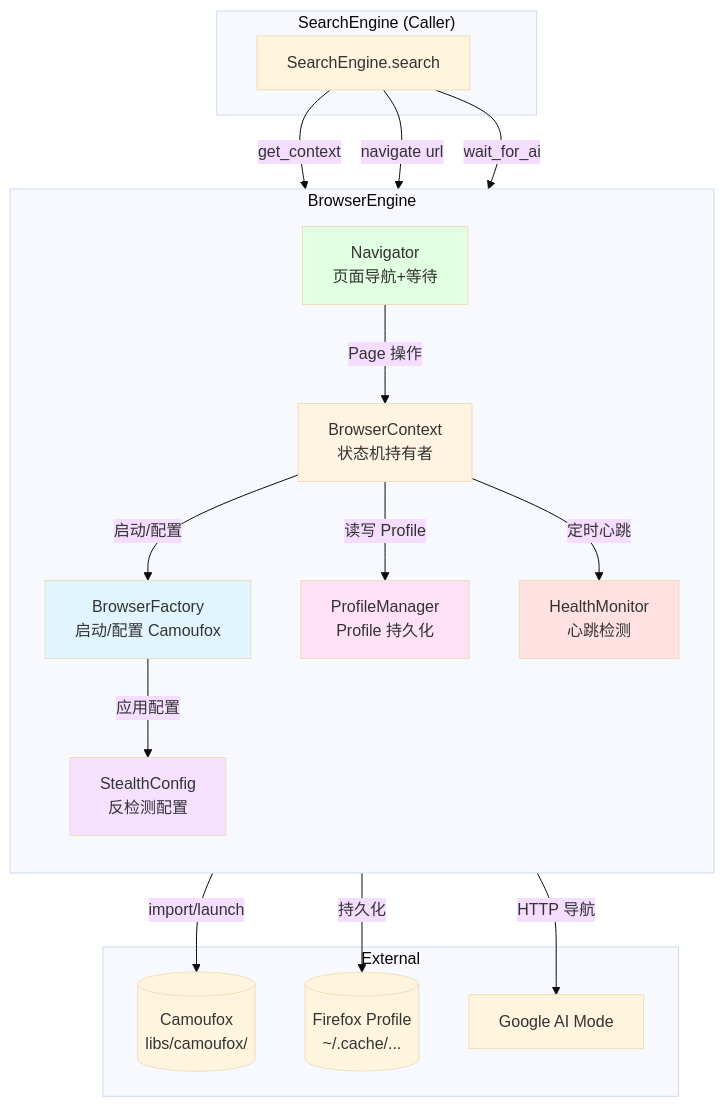
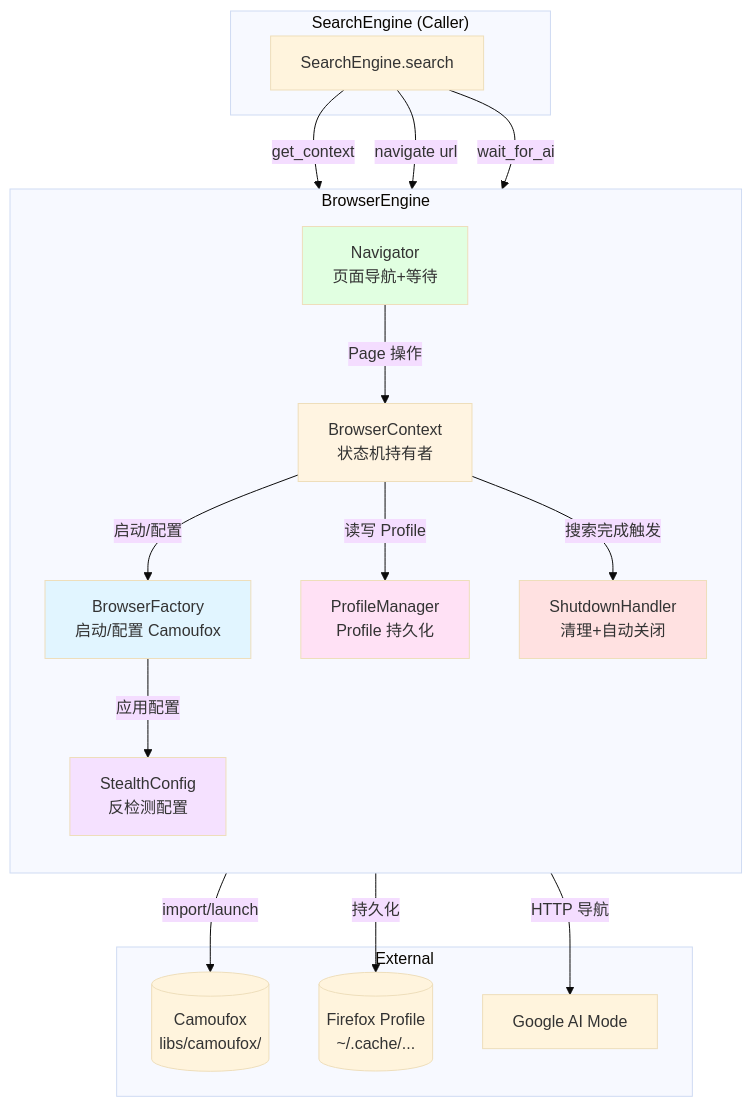
Before and after one commit to moyu12-ae/ZeroSearch: the first of 6 diagrams in .anws/v1/04_SYSTEM_DESIGN/browser-engine.md, drawn with Mermaid (base theme). The commit also changed other lines of this file and 5 other files, not shown here.

````diff
--- a/.anws/v1/04_SYSTEM_DESIGN/browser-engine.md
+++ b/.anws/v1/04_SYSTEM_DESIGN/browser-engine.md
@@ -71,59 +71,59 @@
 ```mermaid
 graph TD
     subgraph "SearchEngine (Caller)"
         SE[SearchEngine.search]
     end
 
     subgraph "BrowserEngine"
         direction TB
         
         BC[BrowserContext
         状态机持有者]
         
         BF[BrowserFactory
         启动/配置 Camoufox]
         
         PM[ProfileManager
         Profile 持久化]
         
         SC[StealthConfig
         反检测配置]
         
-        HM[HealthMonitor
-        心跳检测]
+        SD[ShutdownHandler
+        清理+自动关闭]
         
         NV[Navigator
         页面导航+等待]
     end
 
     subgraph "External"
         CF[(Camoufox
         libs/camoufox/)]
         FP[(Firefox Profile
         ~/.cache/...)]
         GA[Google AI Mode]
     end
 
     SE -->|get_context| BC
     SE -->|navigate url| NV
     SE -->|wait_for_ai| NV
     
     BC -->|启动/配置| BF
     BC -->|读写 Profile| PM
-    BC -->|定时心跳| HM
+    BC -->|搜索完成触发| SD
     
     BF -->|import/launch| CF
     BF -->|应用配置| SC
     
     PM -->|持久化| FP
     
     NV -->|HTTP 导航| GA
     NV -->|Page 操作| BC
     
     style BC fill:#fff4e1
     style BF fill:#e1f5ff
     style PM fill:#ffe1f5
     style SC fill:#f5e1ff
-    style HM fill:#ffe1e1
+    style SD fill:#ffe1e1
     style NV fill:#e1ffe1
 ```
````
